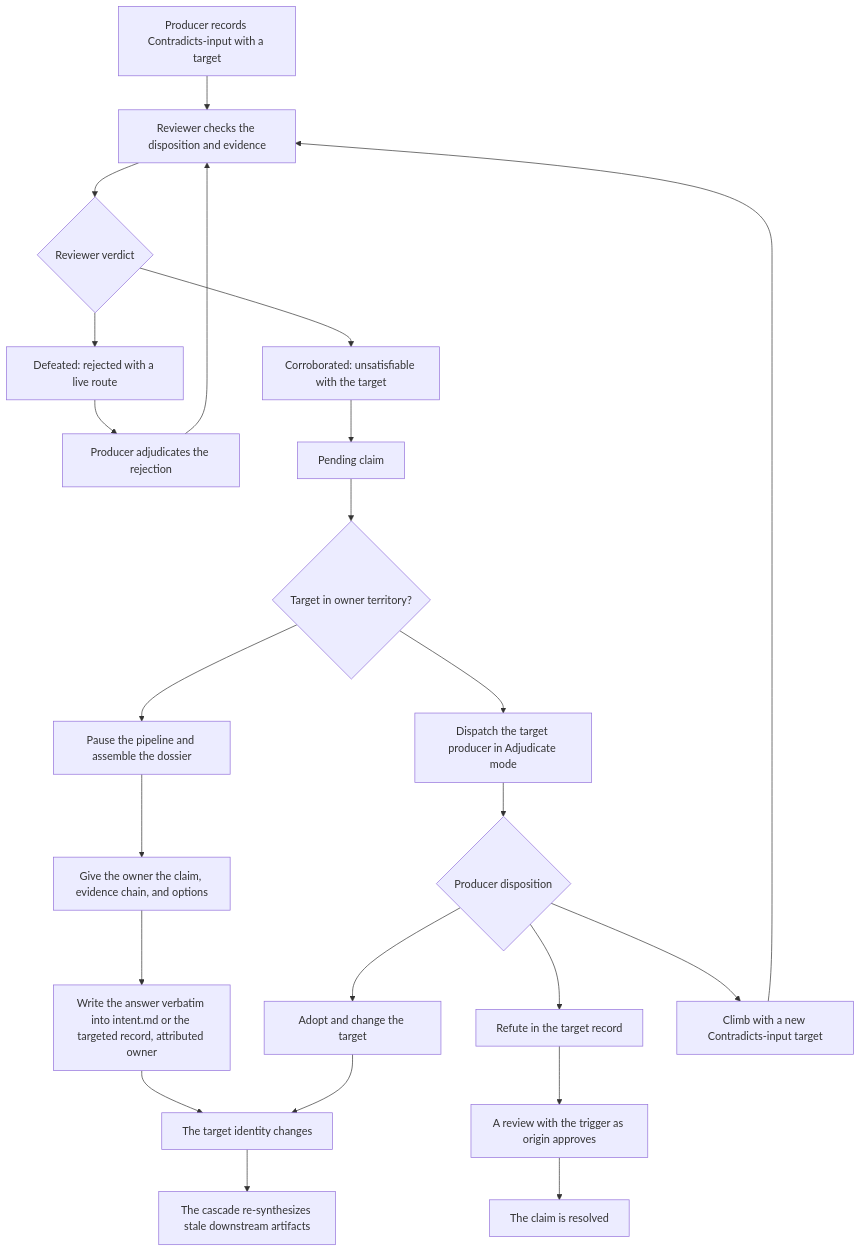
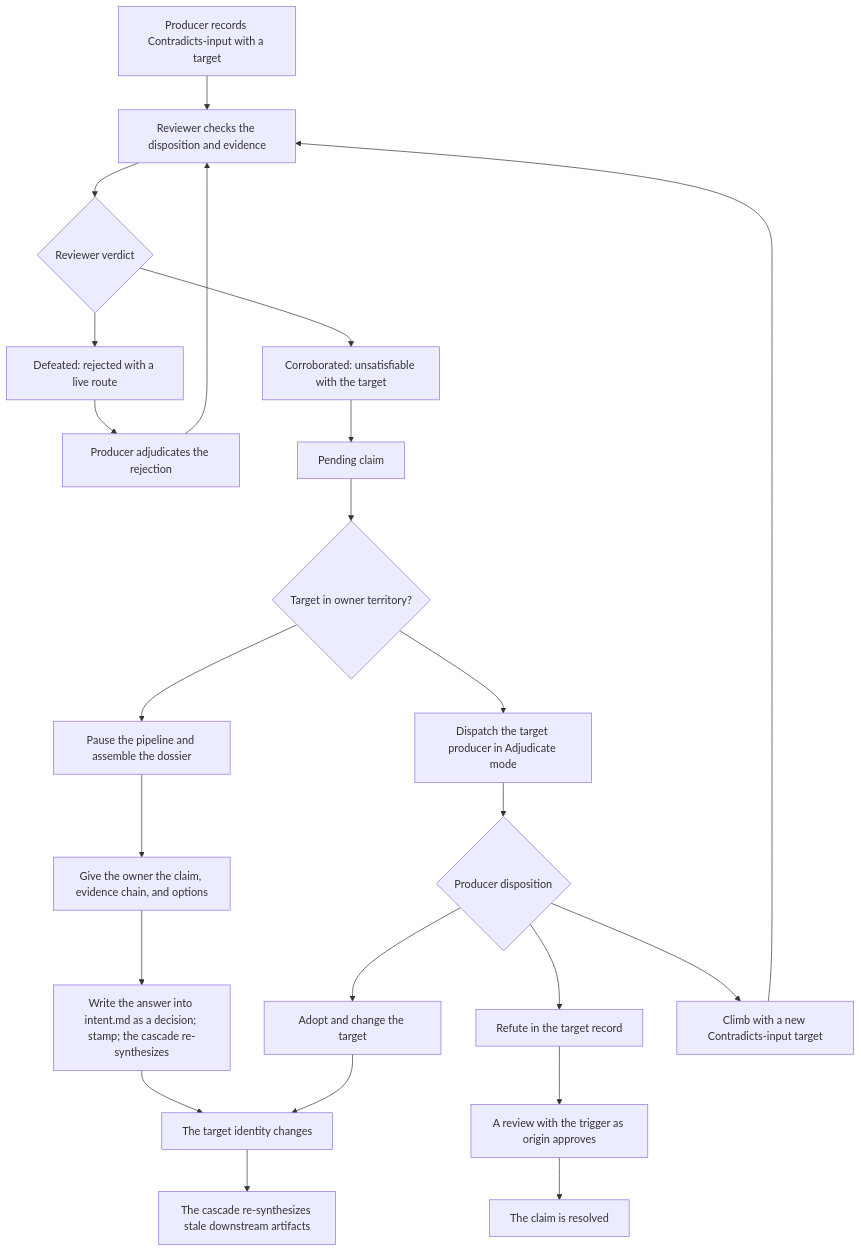
One commit to Automattic/radical-pipelines changed the diagram in docs/flowcharts/escalation.md. Above: the diagram before and after it, drawn with Mermaid. The commit also changed 43 other files, not shown here.

````diff
--- a/docs/flowcharts/escalation.md
+++ b/docs/flowcharts/escalation.md
@@ -5,25 +5,25 @@
 ```mermaid
 flowchart TD
     A["Producer records Contradicts-input with a target"] --> B["Reviewer checks the disposition and evidence"]
     B --> C{"Reviewer verdict"}
     C --> D["Defeated: rejected with a live route"]
     C --> E["Corroborated: unsatisfiable with the target"]
     D --> F["Producer adjudicates the rejection"]
     F --> B
     E --> G["Pending claim"]
     G --> H{"Target in owner territory?"}
     H --> I["Pause the pipeline and assemble the dossier"]
     I --> J["Give the owner the claim, evidence chain, and options"]
-    J --> K["Write the answer verbatim into intent.md or the targeted record, attributed owner"]
+    J --> K["Write the answer into intent.md as a decision; stamp; the cascade re-synthesizes"]
     K --> L["The target identity changes"]
     L --> M["The cascade re-synthesizes stale downstream artifacts"]
     H --> N["Dispatch the target producer in Adjudicate mode"]
     N --> O{"Producer disposition"}
     O --> P["Adopt and change the target"]
     O --> Q["Refute in the target record"]
     O --> R["Climb with a new Contradicts-input target"]
     P --> L
     Q --> S["A review with the trigger as origin approves"]
     S --> T["The claim is resolved"]
     R --> B
 ```
````
